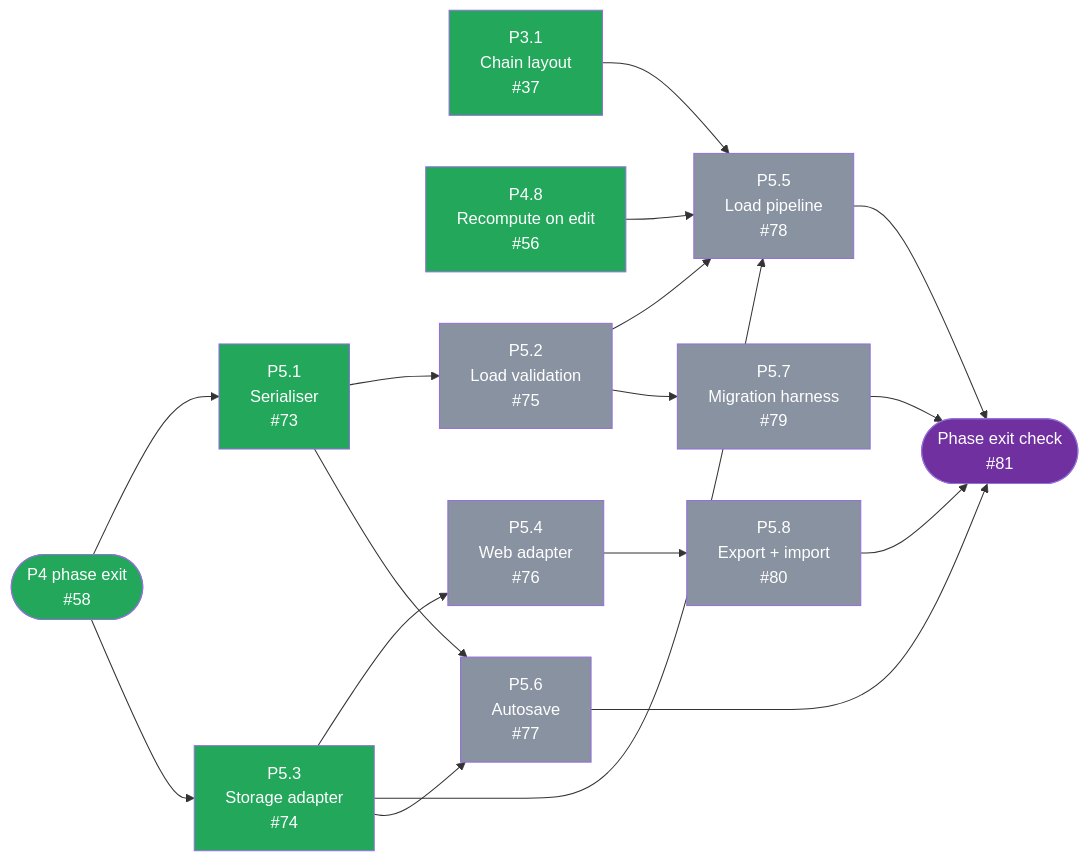
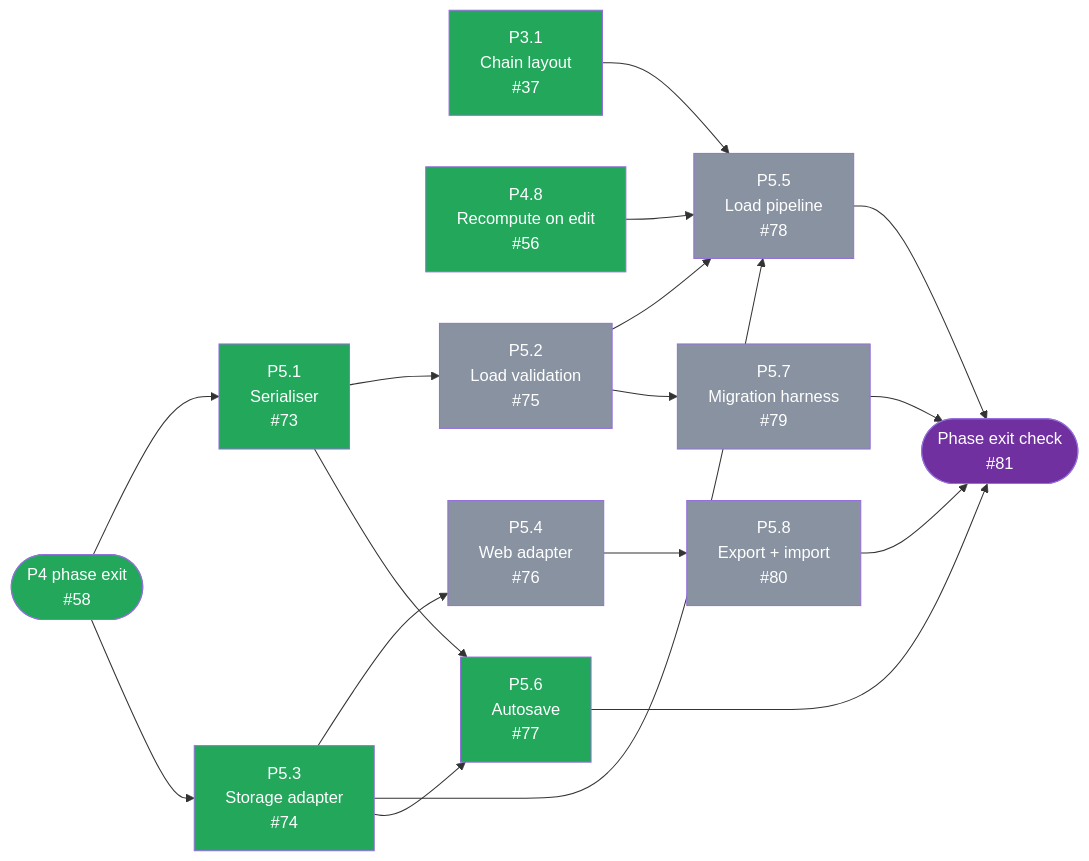
The fourth of 5 diagrams in docs/DEVELOPMENT_PLAN.md (tousifosman/CalcMind), drawn with Mermaid before and after one commit. The commit also changed other lines of this file and 10 other files, not shown here.

````diff
--- a/docs/DEVELOPMENT_PLAN.md
+++ b/docs/DEVELOPMENT_PLAN.md
@@ -726,45 +726,45 @@
 ```mermaid
 flowchart LR
     P4EXIT(["P4 phase exit<br/>#58"])
     P31["P3.1<br/>Chain layout<br/>#37"]
     P48["P4.8<br/>Recompute on edit<br/>#56"]
     P51["P5.1<br/>Serialiser<br/>#73"]
     P52["P5.2<br/>Load validation<br/>#75"]
     P53["P5.3<br/>Storage adapter<br/>#74"]
     P54["P5.4<br/>Web adapter<br/>#76"]
     P55["P5.5<br/>Load pipeline<br/>#78"]
     P56["P5.6<br/>Autosave<br/>#77"]
     P57["P5.7<br/>Migration harness<br/>#79"]
     P58["P5.8<br/>Export + import<br/>#80"]
     EXIT(["Phase exit check<br/>#81"])
 
     P4EXIT --> P51
     P4EXIT --> P53
     P51 --> P52
     P53 --> P54
     P52 --> P55
     P53 --> P55
     P31 --> P55
     P48 --> P55
     P51 --> P56
     P53 --> P56
     P52 --> P57
     P54 --> P58
     P55 --> EXIT
     P56 --> EXIT
     P57 --> EXIT
     P58 --> EXIT
 
     style P4EXIT fill:#22A75B,color:#fff
     style P31 fill:#22A75B,color:#fff
     style P48 fill:#22A75B,color:#fff
     style P51 fill:#22A75B,color:#fff
     style P52 fill:#8892A0,color:#fff
     style P53 fill:#22A75B,color:#fff
     style P54 fill:#8892A0,color:#fff
     style P55 fill:#8892A0,color:#fff
-    style P56 fill:#8892A0,color:#fff
+    style P56 fill:#22A75B,color:#fff
     style P57 fill:#8892A0,color:#fff
     style P58 fill:#8892A0,color:#fff
     style EXIT fill:#7030A0,color:#fff
 ```
````
